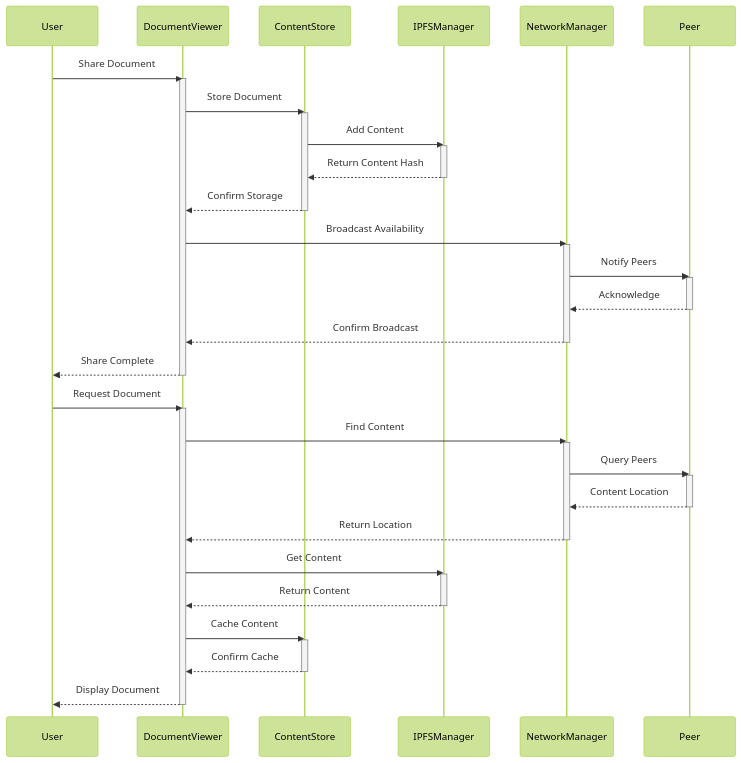
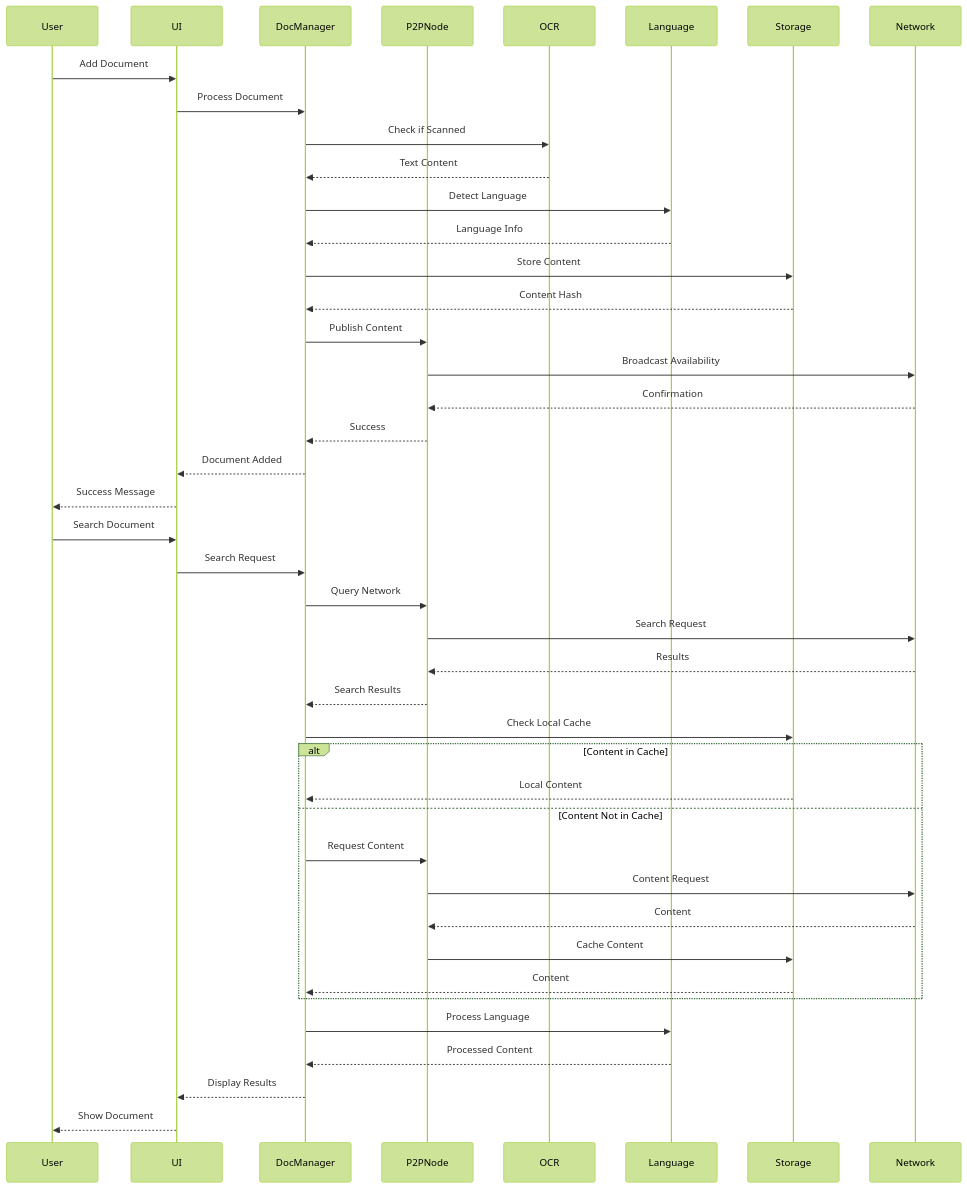
One commit to AlLibrary-Libertarian-knowledge/DocsAndResearch_AlLibrary changed the diagram in Software Engineering/sequence_diagram.md. Above: the diagram before and after it, drawn with Mermaid (forest theme). The commit also changed 12 other files, not shown here.

````diff
--- a/Software Engineering/sequence_diagram.md
+++ b/Software Engineering/sequence_diagram.md
@@ -1,54 +1,49 @@
 ```mermaid
 sequenceDiagram
-    %% Document Sharing Sequence
     participant User
-    participant Viewer as DocumentViewer
-    participant Store as ContentStore
-    participant IPFS as IPFSManager
-    participant Network as NetworkManager
-    participant Peer as Peer
+    participant UI
+    participant DocManager
+    participant P2PNode
+    participant OCR
+    participant Language
+    participant Storage
+    participant Network
 
-    %% Document Sharing
-    User->>Viewer: Share Document
-    activate Viewer
-    Viewer->>Store: Store Document
-    activate Store
-    Store->>IPFS: Add Content
-    activate IPFS
-    IPFS-->>Store: Return Content Hash
-    deactivate IPFS
-    Store-->>Viewer: Confirm Storage
-    deactivate Store
-    Viewer->>Network: Broadcast Availability
-    activate Network
-    Network->>Peer: Notify Peers
-    activate Peer
-    Peer-->>Network: Acknowledge
-    deactivate Peer
-    Network-->>Viewer: Confirm Broadcast
-    deactivate Network
-    Viewer-->>User: Share Complete
-    deactivate Viewer
+    %% Document Sharing Process
+    User->>UI: Add Document
+    UI->>DocManager: Process Document
+    DocManager->>OCR: Check if Scanned
+    OCR-->>DocManager: Text Content
+    DocManager->>Language: Detect Language
+    Language-->>DocManager: Language Info
+    DocManager->>Storage: Store Content
+    Storage-->>DocManager: Content Hash
+    DocManager->>P2PNode: Publish Content
+    P2PNode->>Network: Broadcast Availability
+    Network-->>P2PNode: Confirmation
+    P2PNode-->>DocManager: Success
+    DocManager-->>UI: Document Added
+    UI-->>User: Success Message
 
-    %% Document Retrieval
-    User->>Viewer: Request Document
-    activate Viewer
-    Viewer->>Network: Find Content
-    activate Network
-    Network->>Peer: Query Peers
-    activate Peer
-    Peer-->>Network: Content Location
-    deactivate Peer
-    Network-->>Viewer: Return Location
-    deactivate Network
-    Viewer->>IPFS: Get Content
-    activate IPFS
-    IPFS-->>Viewer: Return Content
-    deactivate IPFS
-    Viewer->>Store: Cache Content
-    activate Store
-    Store-->>Viewer: Confirm Cache
-    deactivate Store
-    Viewer-->>User: Display Document
-    deactivate Viewer
+    %% Document Retrieval Process
+    User->>UI: Search Document
+    UI->>DocManager: Search Request
+    DocManager->>P2PNode: Query Network
+    P2PNode->>Network: Search Request
+    Network-->>P2PNode: Results
+    P2PNode-->>DocManager: Search Results
+    DocManager->>Storage: Check Local Cache
+    alt Content in Cache
+        Storage-->>DocManager: Local Content
+    else Content Not in Cache
+        DocManager->>P2PNode: Request Content
+        P2PNode->>Network: Content Request
+        Network-->>P2PNode: Content
+        P2PNode->>Storage: Cache Content
+        Storage-->>DocManager: Content
+    end
+    DocManager->>Language: Process Language
+    Language-->>DocManager: Processed Content
+    DocManager-->>UI: Display Results
+    UI-->>User: Show Document
 ```
````
